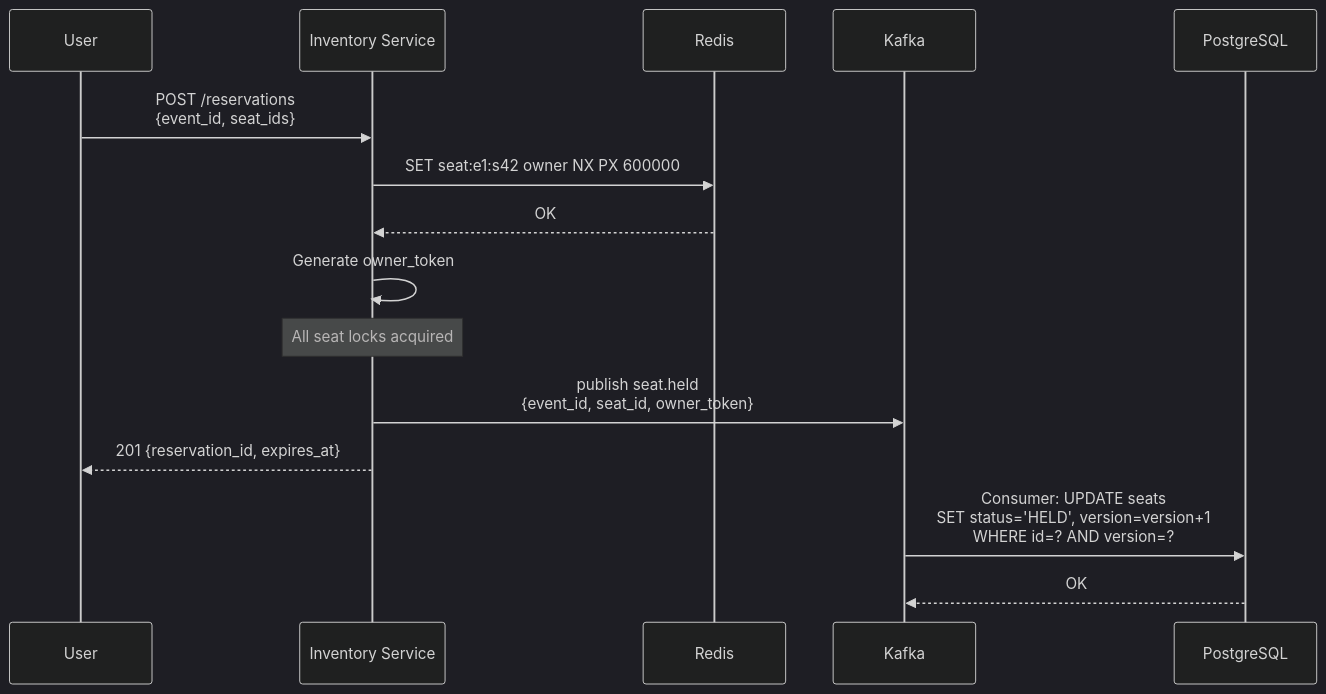
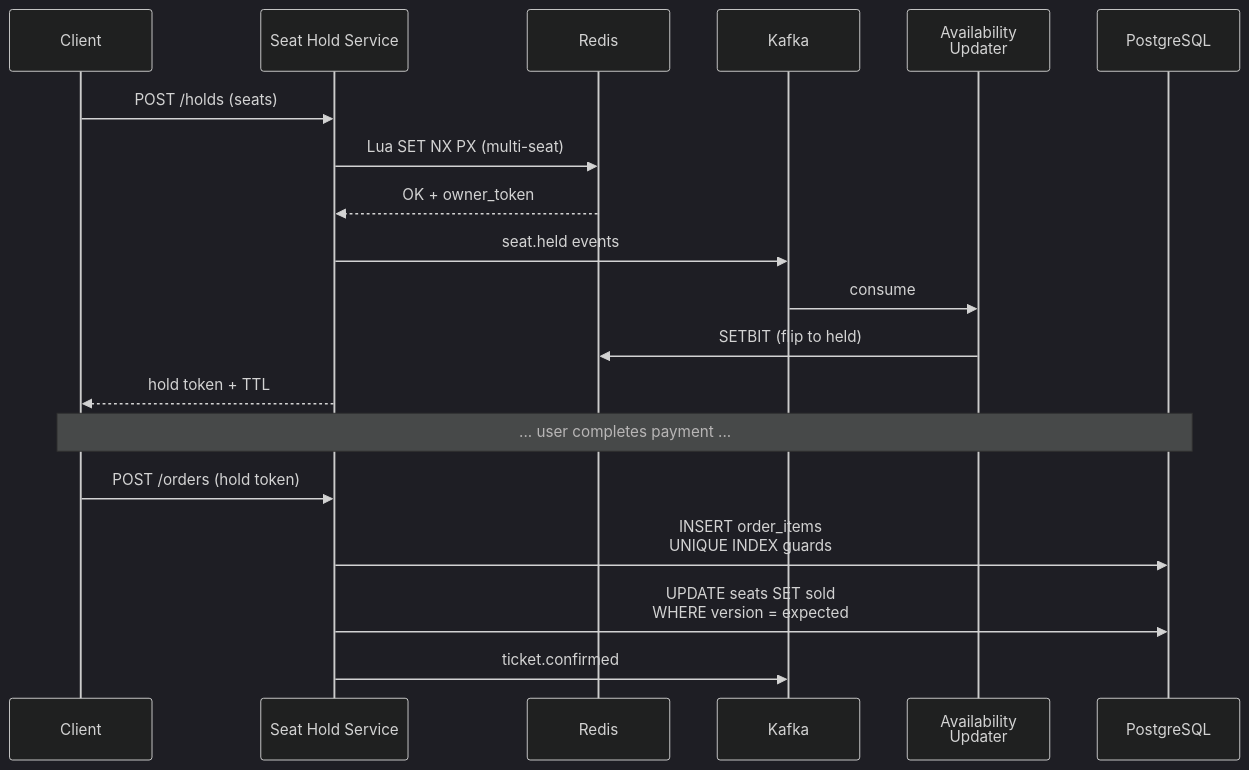
One commit to iliazlobin/iliazlobin.github.io changed the third of 3 diagrams in _posts/2026-06-30-system-design-ticketmaster.md. Above: the diagram before and after it, drawn with Mermaid (dark theme). The commit also changed other lines of this file and 45 other files, not shown here.

First line of the commit message:
Republish all posts from Notion: fix mermaid errors, drop §7 Trade-offs (#88)

````diff
--- a/_posts/2026-06-30-system-design-ticketmaster.md
+++ b/_posts/2026-06-30-system-design-ticketmaster.md
@@ -300,18 +286,22 @@
 ```mermaid
 sequenceDiagram
-    participant U as User
-    participant INV as Inventory Service
-    participant RD as Redis
+    participant C as Client
+    participant SH as Seat Hold Service
+    participant R as Redis
     participant K as Kafka
-    participant PG as PostgreSQL
+    participant AB as Availability<br/>Updater
+    participant DB as PostgreSQL
 
-    U->>INV: POST /reservations<br/>{event_id, seat_ids}
-    INV->>RD: SET seat:e1:s42 owner NX PX 600000
-    RD-->>INV: OK
-    INV->>INV: Generate owner_token
-    Note over INV: All seat locks acquired
-    INV->>K: publish seat.held<br/>{event_id, seat_id, owner_token}
-    INV-->>U: 201 {reservation_id, expires_at}
-    K->>PG: Consumer: UPDATE seats<br/>SET status='HELD', version=version+1<br/>WHERE id=? AND version=?
-    PG-->>K: OK
+    C->>SH: POST /holds (seats)
+    SH->>R: Lua SET NX PX (multi-seat)
+    R-->>SH: OK + owner_token
+    SH->>K: seat.held events
+    K->>AB: consume
+    AB->>R: SETBIT (flip to held)
+    SH-->>C: hold token + TTL
+    Note over C,DB: ... user completes payment ...
+    C->>SH: POST /orders (hold token)
+    SH->>DB: INSERT order_items<br/>UNIQUE INDEX guards
+    SH->>DB: UPDATE seats SET sold<br/>WHERE version = expected
+    SH->>K: ticket.confirmed
 ```
````
